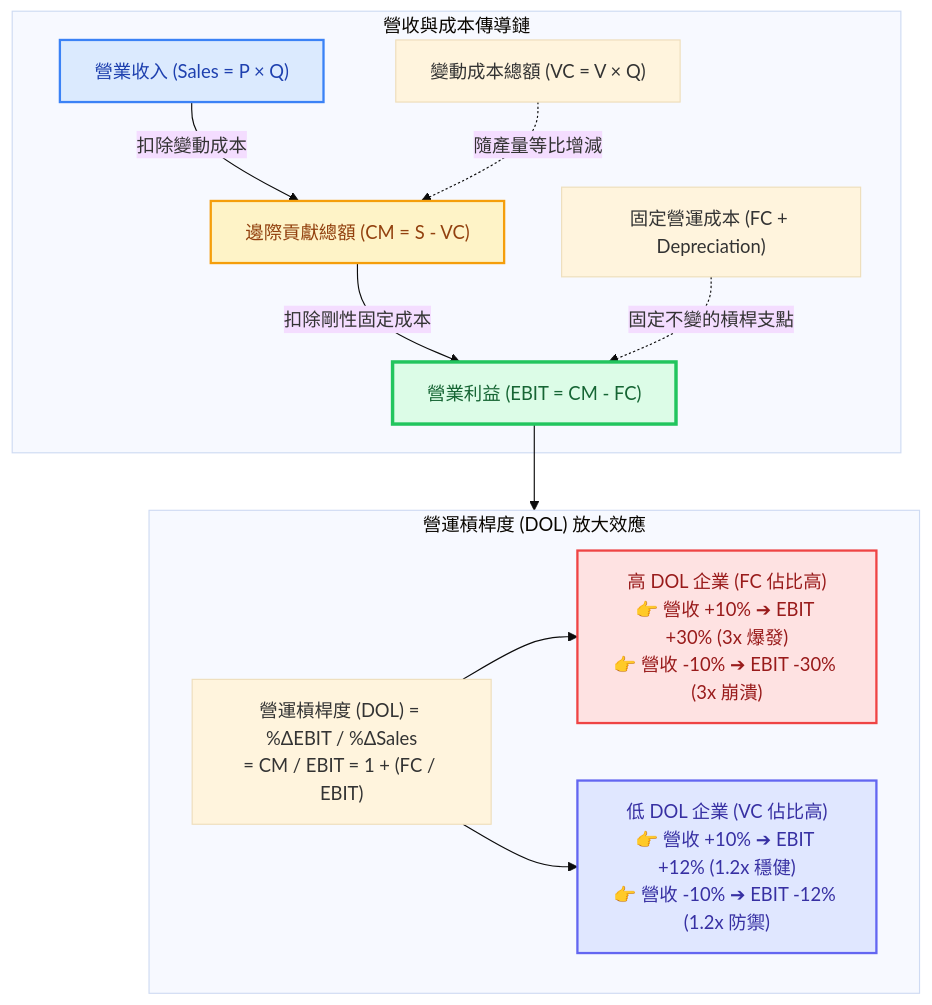
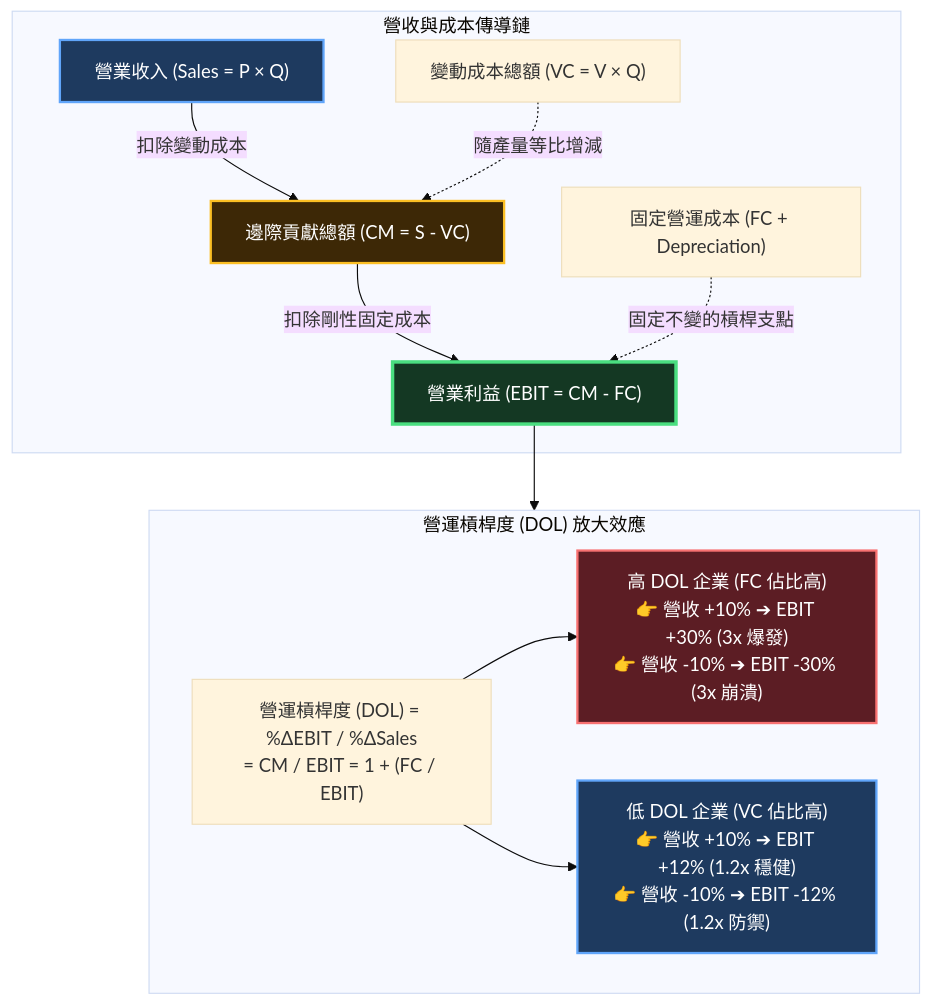
Before and after one commit to Jimlin0428/my-digital-garden: the diagram in src/site/notes/98_商業概念庫/DOL_營運槓桿.md, drawn with Mermaid (base theme). The commit also changed 58 other files, not shown here.

````diff
--- a/src/site/notes/98_商業概念庫/DOL_營運槓桿.md
+++ b/src/site/notes/98_商業概念庫/DOL_營運槓桿.md
@@ -25,32 +25,32 @@
 ```mermaid
 flowchart TD
     subgraph Revenue_Engine ["營收與成本傳導鏈"]
         Sales["營業收入 (Sales = P × Q)"]
         VC["變動成本總額 (VC = V × Q)"]
         CM["邊際貢獻總額 (CM = S - VC)"]
         FC["固定營運成本 (FC + Depreciation)"]
         EBIT["營業利益 (EBIT = CM - FC)"]
 
         Sales -->|扣除變動成本| CM
         VC -.->|隨產量等比增減| CM
         CM -->|扣除剛性固定成本| EBIT
         FC -.->|固定不變的槓桿支點| EBIT
     end
 
     subgraph DOL_Impact ["營運槓桿度 (DOL) 放大效應"]
         DOL_Formula["營運槓桿度 (DOL) = %ΔEBIT / %ΔSales<br>= CM / EBIT = 1 + (FC / EBIT)"]
         High_DOL["高 DOL 企業 (FC 佔比高)<br>👉 營收 +10% ➔ EBIT +30% (3x 爆發)<br>👉 營收 -10% ➔ EBIT -30% (3x 崩潰)"]
         Low_DOL["低 DOL 企業 (VC 佔比高)<br>👉 營收 +10% ➔ EBIT +12% (1.2x 穩健)<br>👉 營收 -10% ➔ EBIT -12% (1.2x 防禦)"]
 
         DOL_Formula --> High_DOL
         DOL_Formula --> Low_DOL
     end
 
     EBIT --> DOL_Impact
 
-    style Sales fill:#dbeafe,stroke:#3b82f6,stroke-width:2px,color:#1e40af
-    style CM fill:#fef3c7,stroke:#f59e0b,stroke-width:2px,color:#92400e
-    style EBIT fill:#dcfce7,stroke:#22c55e,stroke-width:3px,color:#166534
-    style High_DOL fill:#fee2e2,stroke:#ef4444,stroke-width:2px,color:#991b1b
-    style Low_DOL fill:#e0e7ff,stroke:#6366f1,stroke-width:2px,color:#3730a3
+    style Sales fill:#1e3a5f,stroke:#60a5fa,stroke-width:2px,color:#ffffff
+    style CM fill:#3d2806,stroke:#fbbf24,stroke-width:2px,color:#ffffff
+    style EBIT fill:#143823,stroke:#4ade80,stroke-width:3px,color:#ffffff
+    style High_DOL fill:#5c1d24,stroke:#f87171,stroke-width:2px,color:#ffffff
+    style Low_DOL fill:#1e3a5f,stroke:#60a5fa,stroke-width:2px,color:#ffffff
 ```
````
